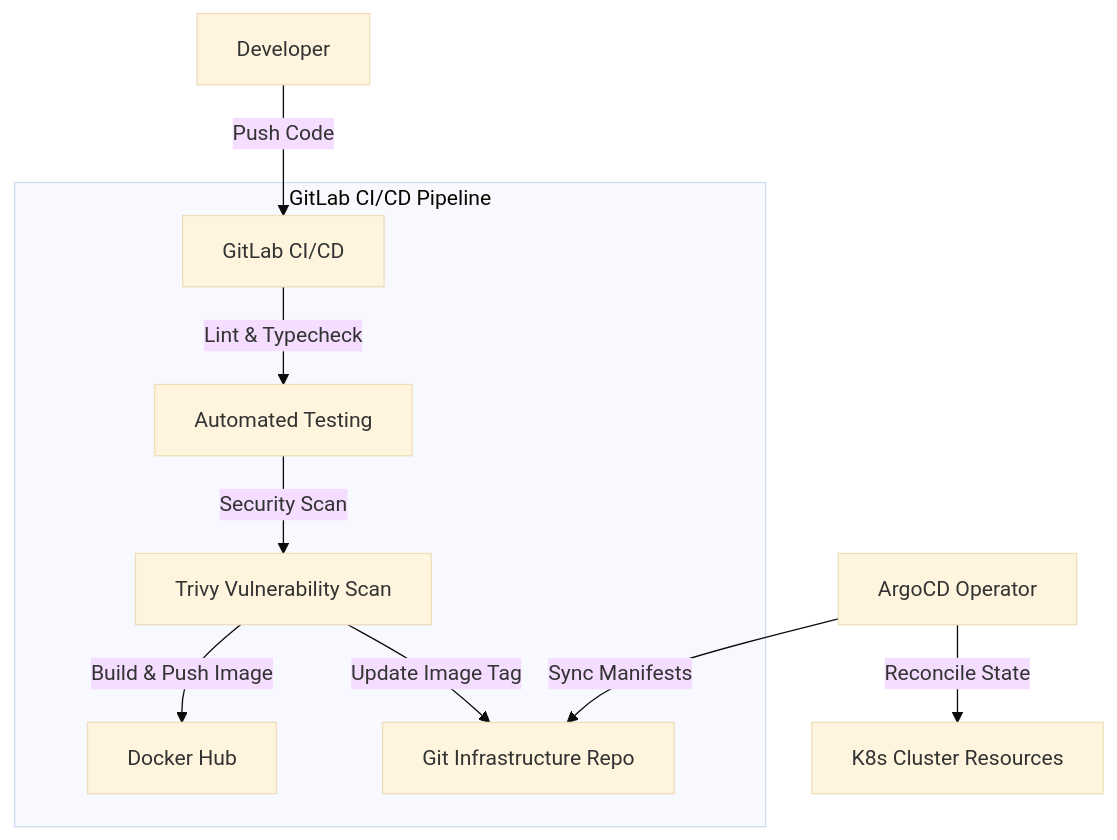
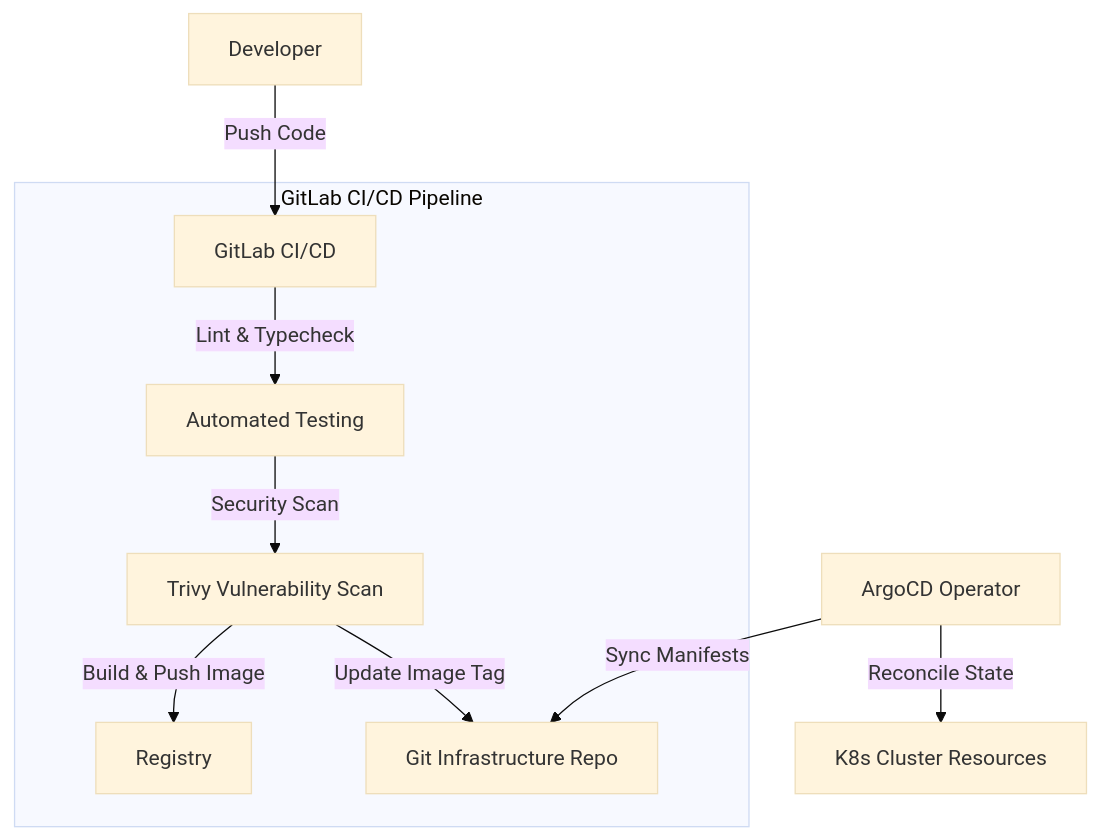
The first of 2 diagrams in README.md (luudinhmac/myweb-profile-blog), drawn with Mermaid (base theme) before and after one commit. The commit also changed 1 other file, not shown here.

Commit message:
docs: remove hardcoded absolute paths in docs README and update root README diagram

````diff
--- a/README.md
+++ b/README.md
@@ -24,12 +24,12 @@
 ```mermaid
 graph TD
     Dev[Developer] -->|Push Code| GitLab[GitLab CI/CD]
     subgraph GitLab CI/CD Pipeline
         GitLab -->|Lint & Typecheck| Test[Automated Testing]
         Test -->|Security Scan| Scan[Trivy Vulnerability Scan]
-        Scan -->|Build & Push Image| DockerHub[Docker Hub]
+        Scan -->|Build & Push Image| DockerHub[Registry]
         Scan -->|Update Image Tag| GitInfra[Git Infrastructure Repo]
     end
     ArgoCD[ArgoCD Operator] -->|Sync Manifests| GitInfra
     ArgoCD -->|Reconcile State| K8sCluster[K8s Cluster Resources]
 ```
````
